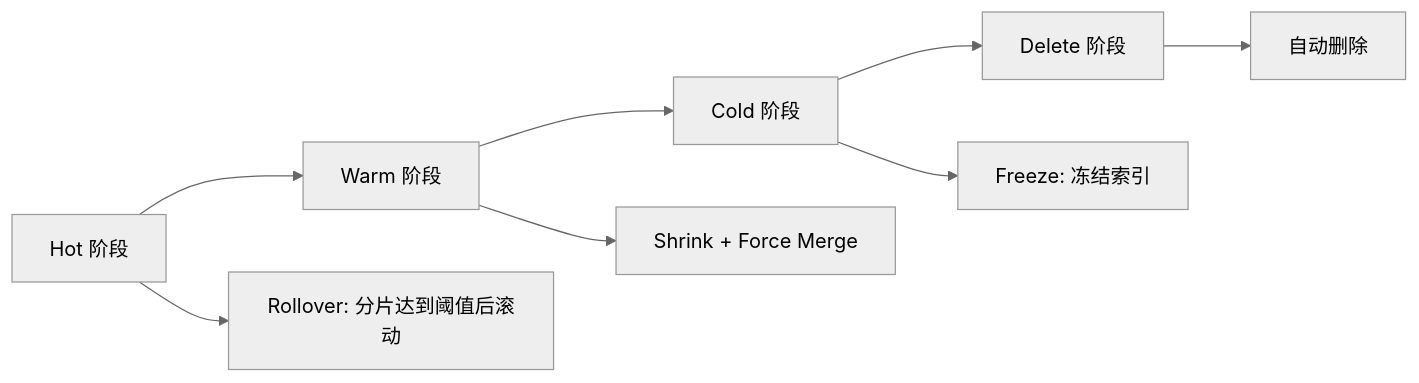
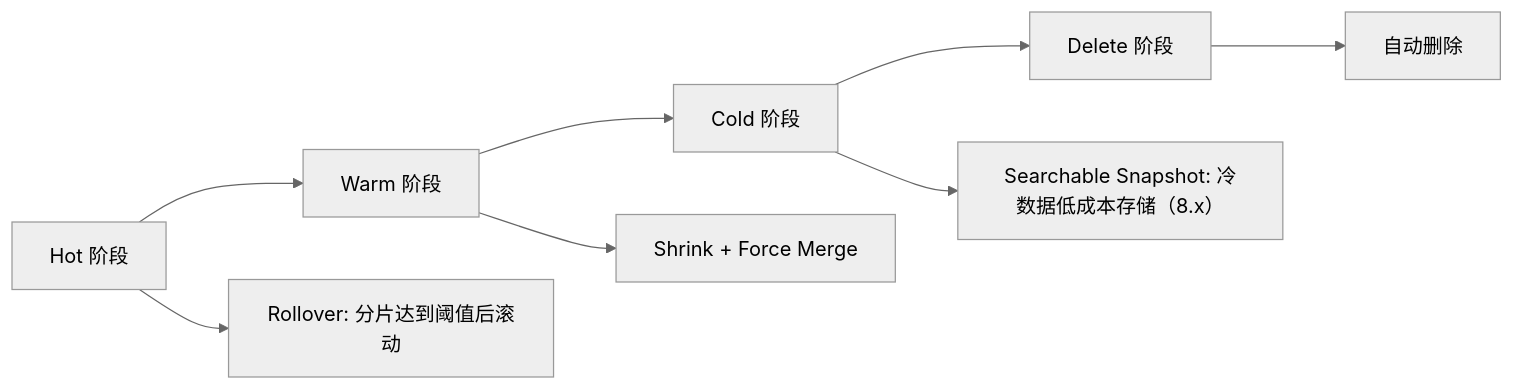
Before and after one commit to dunwu/waterdrop: the ninth of 9 diagrams in docs/12.数据库/搜索引擎数据库/Elasticsearch/[Elasticsearch]面试.md, drawn with Mermaid (neutral theme). The commit also changed other lines of this file and 73 other files, not shown here.

````diff
--- a/docs/12.数据库/搜索引擎数据库/Elasticsearch/[Elasticsearch]面试.md
+++ b/docs/12.数据库/搜索引擎数据库/Elasticsearch/[Elasticsearch]面试.md
@@ -2138,10 +2572,10 @@
 ```mermaid
 graph LR
     A["Hot 阶段"] --> B["Warm 阶段"]
     B --> C["Cold 阶段"]
     C --> D["Delete 阶段"]
     A --> E["Rollover: 分片达到阈值后滚动"]
     B --> F["Shrink + Force Merge"]
-    C --> G["Freeze: 冻结索引"]
+    C --> G["Searchable Snapshot: 冷数据低成本存储（8.x）"]
     D --> H["自动删除"]
 ```
````
